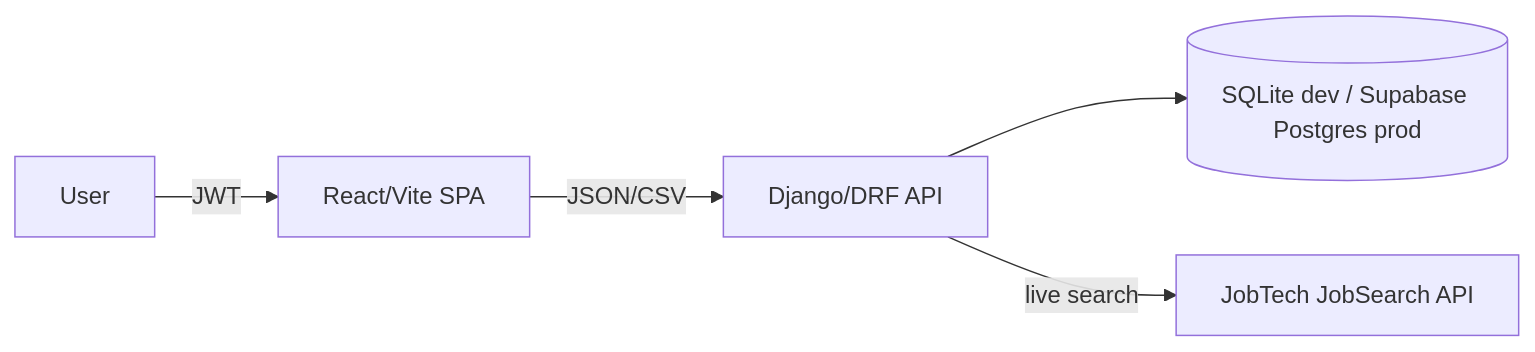
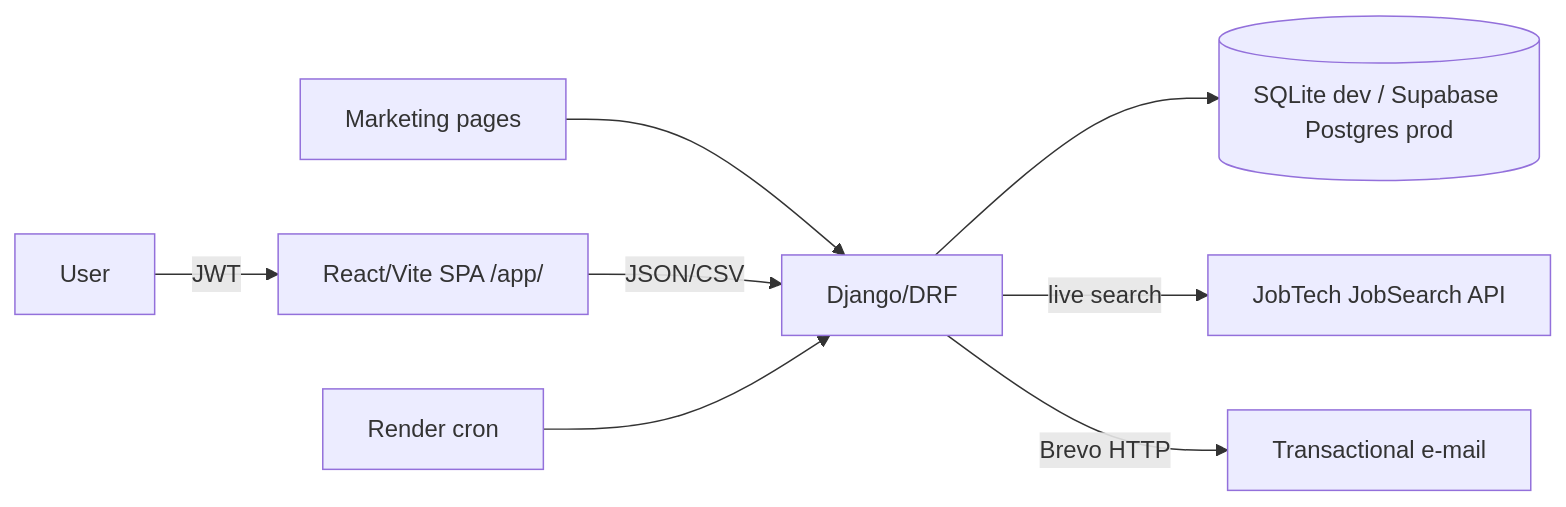
Before and after one commit to OscarBackman92/af-jobbansokan-api: the diagram in docs/02-architecture.md, drawn with Mermaid. The commit also changed other lines of this file and 29 other files, not shown here.

````diff
--- a/docs/02-architecture.md
+++ b/docs/02-architecture.md
@@ -3,7 +3,10 @@
 ```mermaid
 flowchart LR
-    U[User] -- JWT --> SPA[React/Vite SPA]
-    SPA -- JSON/CSV --> API[Django/DRF API]
+    U[User] -- JWT --> SPA[React/Vite SPA /app/]
+    M[Marketing pages] --> API[Django/DRF]
+    SPA -- JSON/CSV --> API
     API --> DB[(SQLite dev / Supabase Postgres prod)]
     API -- live search --> JT[JobTech JobSearch API]
+    Cron[Render cron] --> API
+    API -- Brevo HTTP --> Mail[Transactional e-mail]
 ```
````
